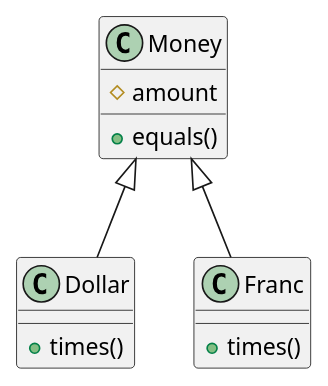
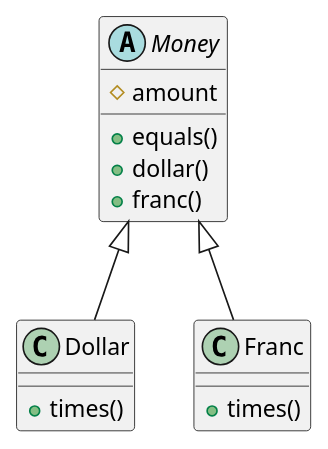
Before and after one commit to k2works/etude_for_java: the diagram in docs/_tdd.md, drawn with PlantUML. The commit also changed other lines of this file and 6 other files, not shown here.

````diff
--- a/docs/_tdd.md
+++ b/docs/_tdd.md
@@ -41,15 +41,17 @@
 ```puml
 class Dollar {
   + times()
 }
 class Franc {
   + times()  
 }
-class Money {
+abstract Money {
   # amount  
   + equals()
+  + dollar()
+  + franc()
 
 }
 Money <|-- Dollar
 Money <|-- Franc
 ```
````
